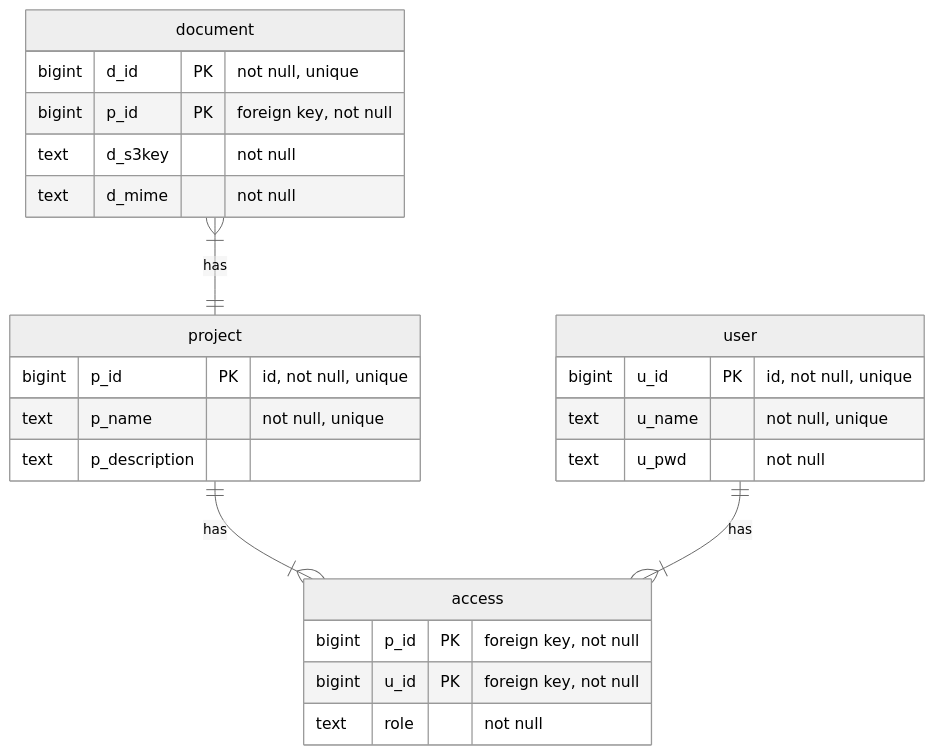
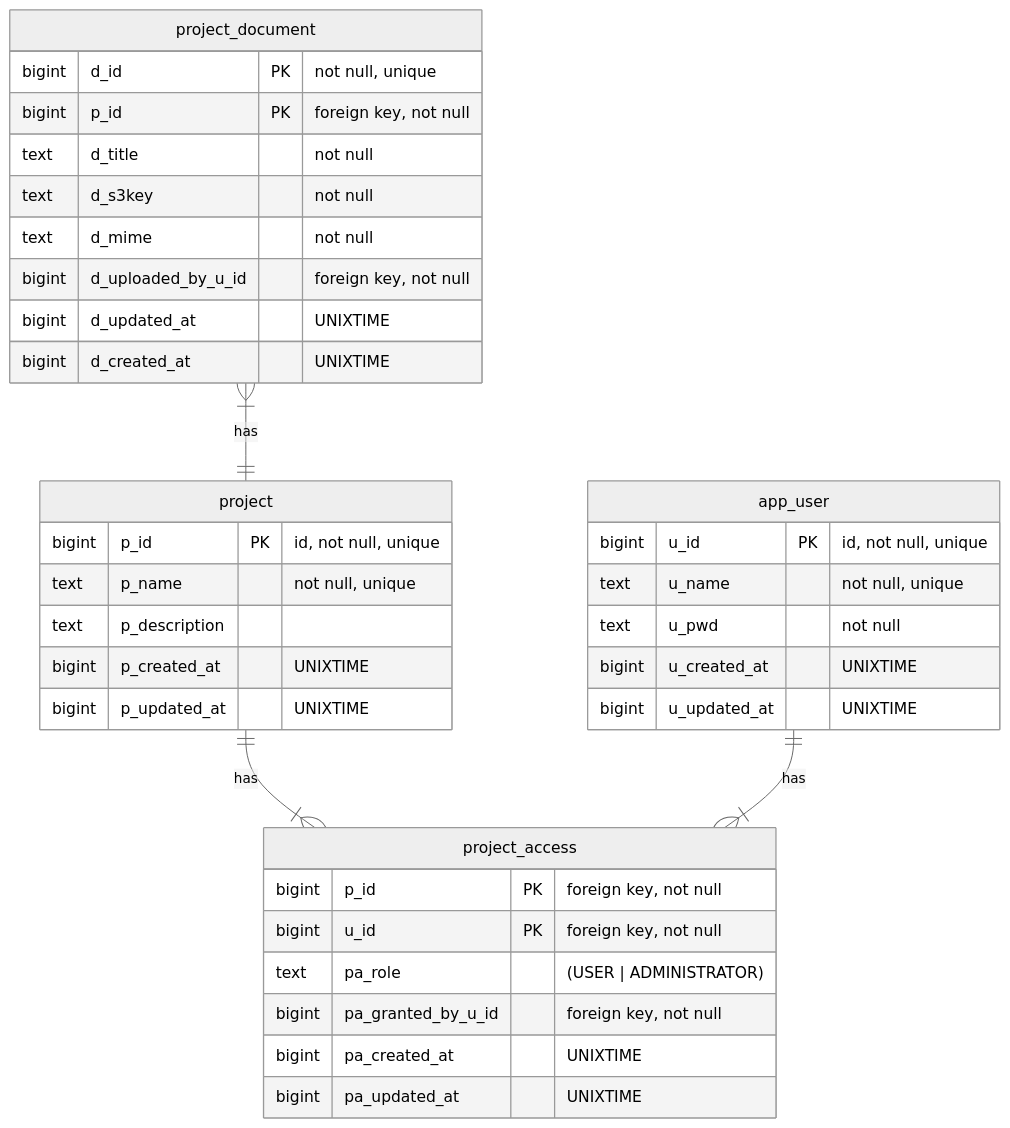
The diagram in documents/db_design.md (divadrotceh/project_manager), drawn with Mermaid (neutral theme) before and after one commit. The commit also changed other lines of this file, not shown here.

````diff
--- a/documents/db_design.md
+++ b/documents/db_design.md
@@ -79,27 +86,38 @@
 ```mermaid
 erDiagram
-project ||--|{ access : has
+project ||--|{ project_access : has
 project {
     bigint p_id PK "id, not null, unique"
     text p_name "not null, unique"
     text p_description
+    bigint p_created_at "UNIXTIME"
+    bigint p_updated_at "UNIXTIME"
 }
-user ||--|{ access : has
-user {
+app_user ||--|{ project_access : has
+app_user {
     bigint u_id PK "id, not null, unique"
     text u_name "not null, unique"
     text u_pwd  "not null"
+    bigint u_created_at "UNIXTIME"
+    bigint u_updated_at "UNIXTIME"
 }
-access {
+project_access {
     bigint p_id PK "foreign key, not null"
     bigint u_id PK "foreign key, not null"
-    text role "not null"
+    text pa_role "(USER | ADMINISTRATOR)"
+    bigint pa_granted_by_u_id "foreign key, not null"
+    bigint pa_created_at "UNIXTIME"
+    bigint pa_updated_at "UNIXTIME"
 }
-document }|--|| project : has
-document {
+project_document }|--|| project : has
+project_document {
     bigint d_id PK "not null, unique"
     bigint p_id PK "foreign key, not null"
+    text d_title "not null"
     text d_s3key "not null"
     text d_mime "not null"
+    bigint d_uploaded_by_u_id "foreign key, not null"
+    bigint d_updated_at "UNIXTIME"
+    bigint d_created_at "UNIXTIME"
 }
 ```
````
